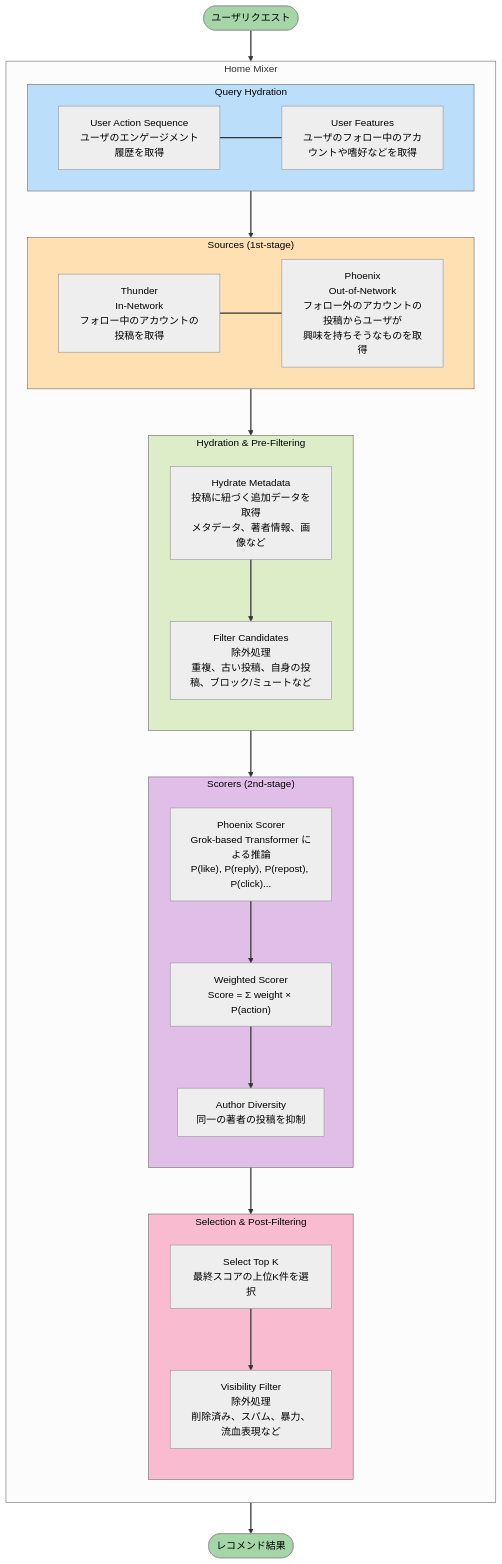
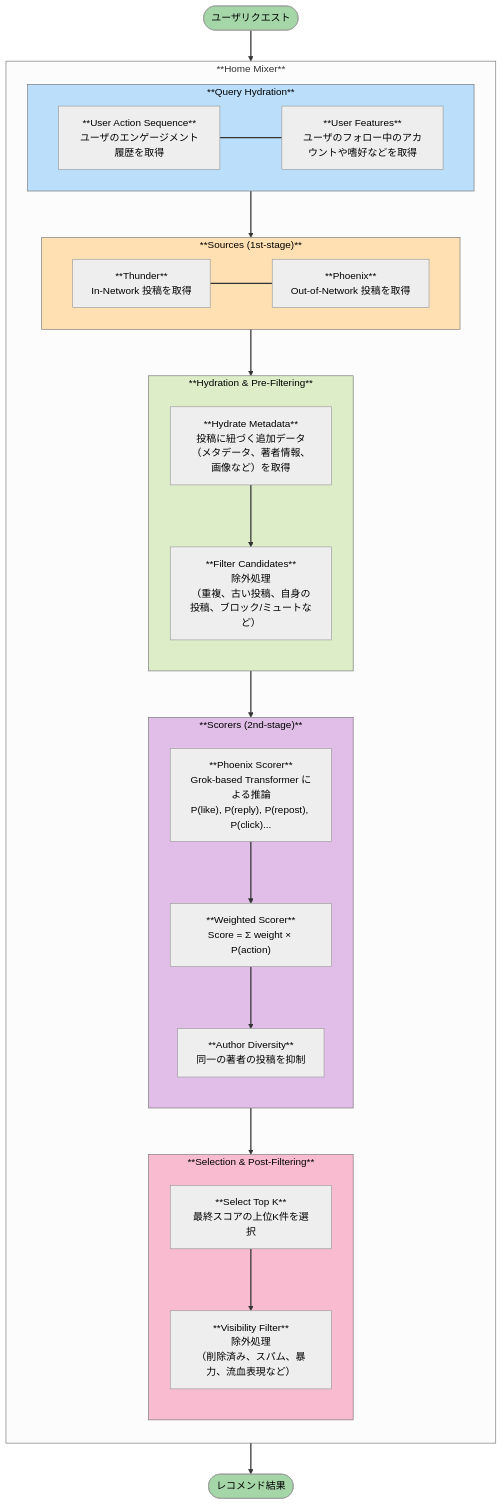
Before and after one commit to tmp-friends/zenn-docs: the diagram in articles/x-recommendation-algorithm.md, drawn with Mermaid (neutral theme). The commit also changed other lines of this file, not shown here.

````diff
--- a/articles/x-recommendation-algorithm.md
+++ b/articles/x-recommendation-algorithm.md
@@ -39,63 +48,63 @@
 ```mermaid
 flowchart TD
     Start([ユーザリクエスト])
 
     Start --> HomeMixer
 
-    subgraph HomeMixer["Home Mixer"]
+    subgraph HomeMixer["**Home Mixer**"]
         direction TB
 
-        subgraph Phase1["Query Hydration"]
+        subgraph Phase1["**Query Hydration**"]
             direction LR
-            UserAction["User Action Sequence<br/>ユーザのエンゲージメント履歴を取得"]
-            UserFeatures["User Features<br/>ユーザのフォロー中のアカウントや嗜好などを取得"]
+            UserAction["**User Action Sequence**<br/>ユーザのエンゲージメント履歴を取得"]
+            UserFeatures["**User Features**<br/>ユーザのフォロー中のアカウントや嗜好などを取得"]
             UserAction ~~~ UserFeatures
         end
 
-        subgraph Phase2["Sources (1st-stage)"]
+        subgraph Phase2["**Sources (1st-stage)**"]
             direction LR
-            Thunder["Thunder<br/>In-Network<br/>フォロー中のアカウントの投稿を取得"]
-            Phoenix["Phoenix<br/>Out-of-Network<br/>フォロー外のアカウントの投稿からユーザが<br/>興味を持ちそうなものを取得"]
+            Thunder["**Thunder**<br/>In-Network 投稿を取得"]
+            Phoenix["**Phoenix**<br/>Out-of-Network 投稿を取得"]
             Thunder ~~~ Phoenix
         end
 
-        subgraph Phase3["Hydration & Pre-Filtering"]
+        subgraph Phase3["**Hydration & Pre-Filtering**"]
             direction TB
-            Hydrate["Hydrate Metadata<br/>投稿に紐づく追加データを取得<br/>メタデータ、著者情報、画像など"]
-            Filter1["Filter Candidates<br/>除外処理<br/>重複、古い投稿、自身の投稿、ブロック/ミュートなど"]
+            Hydrate["**Hydrate Metadata**<br/>投稿に紐づく追加データ（メタデータ、著者情報、画像など）を取得"]
+            Filter1["**Filter Candidates**<br/>除外処理<br/>（重複、古い投稿、自身の投稿、ブロック/ミュートなど）"]
             Hydrate --> Filter1
         end
 
-        subgraph Phase4["Scorers (2nd-stage)"]
+        subgraph Phase4["**Scorers (2nd-stage)**"]
             direction TB
-            ML["Phoenix Scorer<br/>Grok-based Transformer による推論<br/>P(like), P(reply), P(repost), P(click)..."]
-            Weighted["Weighted Scorer<br/>Score = Σ weight × P(action)"]
-            Diversity["Author Diversity<br/>同一の著者の投稿を抑制"]
+            ML["**Phoenix Scorer**<br/>Grok-based Transformer による推論<br/>P(like), P(reply), P(repost), P(click)..."]
+            Weighted["**Weighted Scorer**<br/>Score = Σ weight × P(action)"]
+            Diversity["**Author Diversity**<br/>同一の著者の投稿を抑制"]
             ML --> Weighted --> Diversity
         end
 
-        subgraph Phase5["Selection & Post-Filtering"]
+        subgraph Phase5["**Selection & Post-Filtering**"]
             direction TB
-            Select["Select Top K<br/>最終スコアの上位K件を選択"]
-            Filter2["Visibility Filter<br/>除外処理<br/>削除済み、スパム、暴力、流血表現など"]
+            Select["**Select Top K**<br/>最終スコアの上位K件を選択"]
+            Filter2["**Visibility Filter**<br/>除外処理<br/>（削除済み、スパム、暴力、流血表現など）"]
             Select --> Filter2
         end
 
         Phase1 --> Phase2
         Phase2 --> Phase3
         Phase3 --> Phase4
         Phase4 --> Phase5
     end
 
     HomeMixer --> End([レコメンド結果])
 
     style Phase1 fill:#bbdefb,color:#000
     style Phase2 fill:#ffe0b2,color:#000
     style Phase3 fill:#dcedc8,color:#000
     style Phase4 fill:#e1bee7,color:#000
     style Phase5 fill:#f8bbd0,color:#000
     style Start fill:#a5d6a7,color:#000
     style End fill:#a5d6a7,color:#000
 
     linkStyle default stroke:#333,stroke-width:2px
 ```
````
